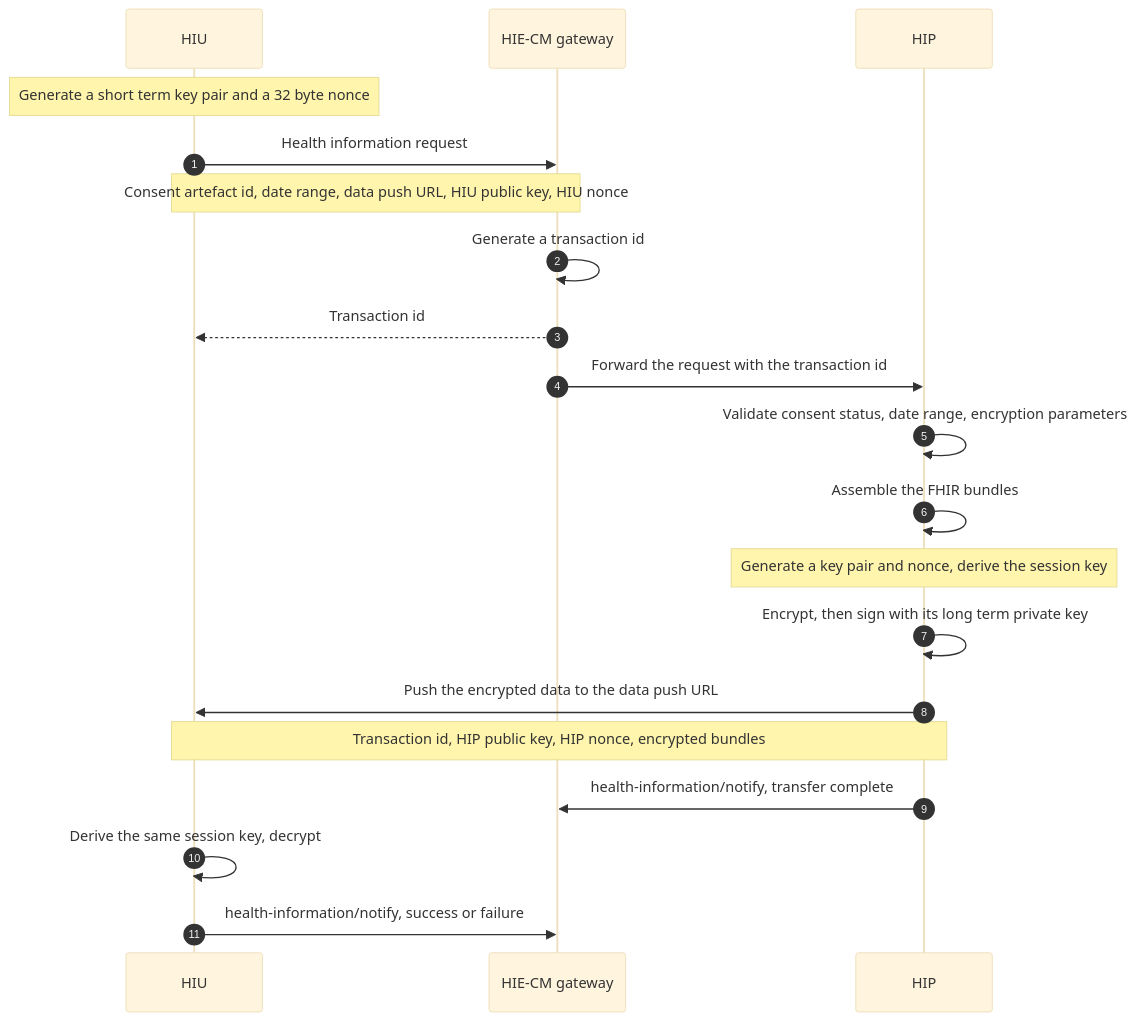
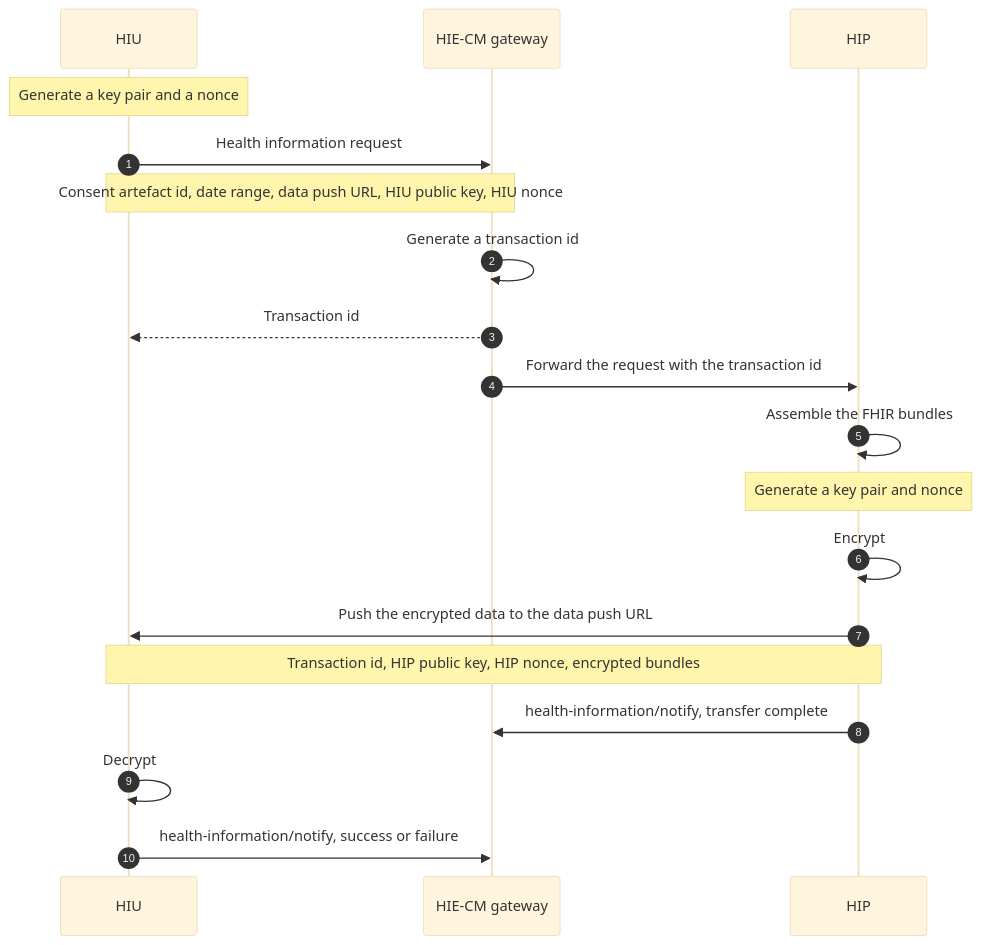
The diagram in site/docs/hiecm/v3/concepts/data-flow.md (nha-in/docs), drawn with Mermaid (base theme) before and after one commit. The commit also changed other lines of this file and 23 other files, not shown here.

````diff
--- a/site/docs/hiecm/v3/concepts/data-flow.md
+++ b/site/docs/hiecm/v3/concepts/data-flow.md
@@ -26,22 +26,21 @@
 ```mermaid
 sequenceDiagram
     autonumber
     participant U as HIU
     participant CM as HIE-CM gateway
     participant P as HIP
-    Note over U: Generate a short term key pair and a 32 byte nonce
+    Note over U: Generate a key pair and a nonce
     U->>CM: Health information request
     Note over U,CM: Consent artefact id, date range, data push URL, HIU public key, HIU nonce
     CM->>CM: Generate a transaction id
     CM-->>U: Transaction id
     CM->>P: Forward the request with the transaction id
-    P->>P: Validate consent status, date range, encryption parameters
     P->>P: Assemble the FHIR bundles
-    Note over P: Generate a key pair and nonce, derive the session key
-    P->>P: Encrypt, then sign with its long term private key
+    Note over P: Generate a key pair and nonce
+    P->>P: Encrypt
     P->>U: Push the encrypted data to the data push URL
     Note over P,U: Transaction id, HIP public key, HIP nonce, encrypted bundles
     P->>CM: health-information/notify, transfer complete
-    U->>U: Derive the same session key, decrypt
+    U->>U: Decrypt
     U->>CM: health-information/notify, success or failure
 ```
````
